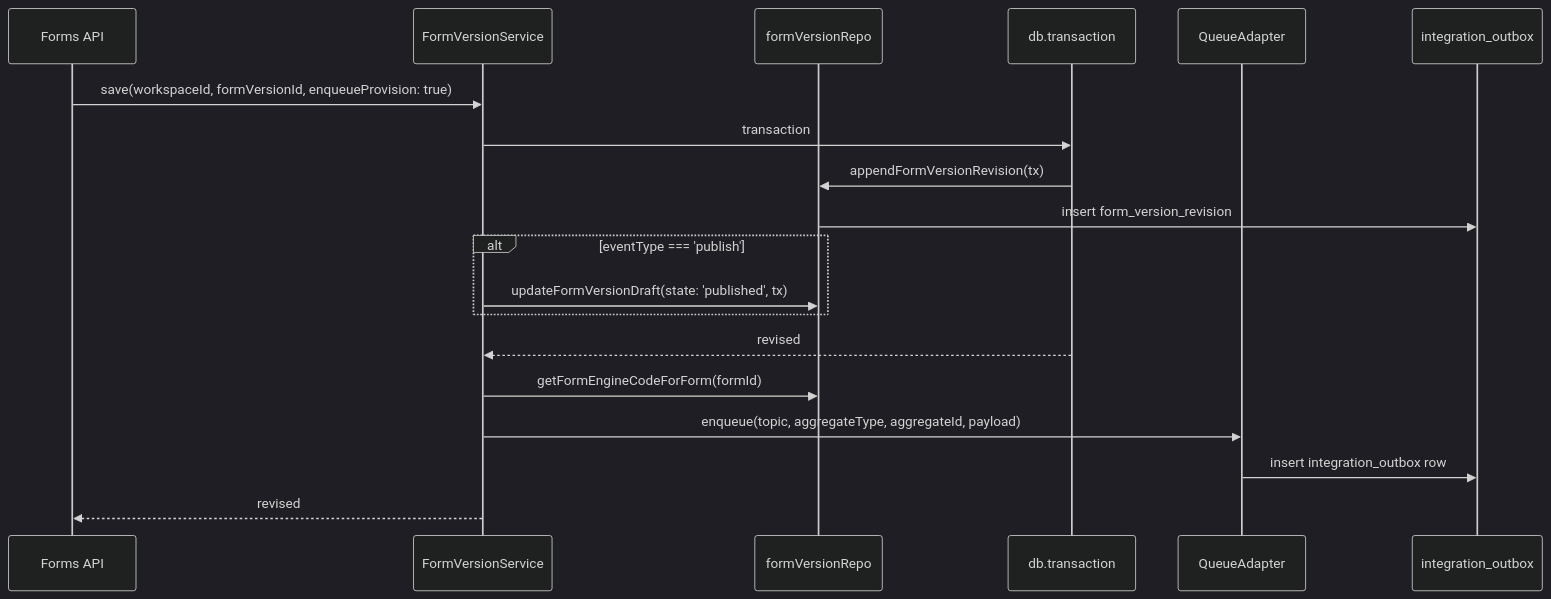
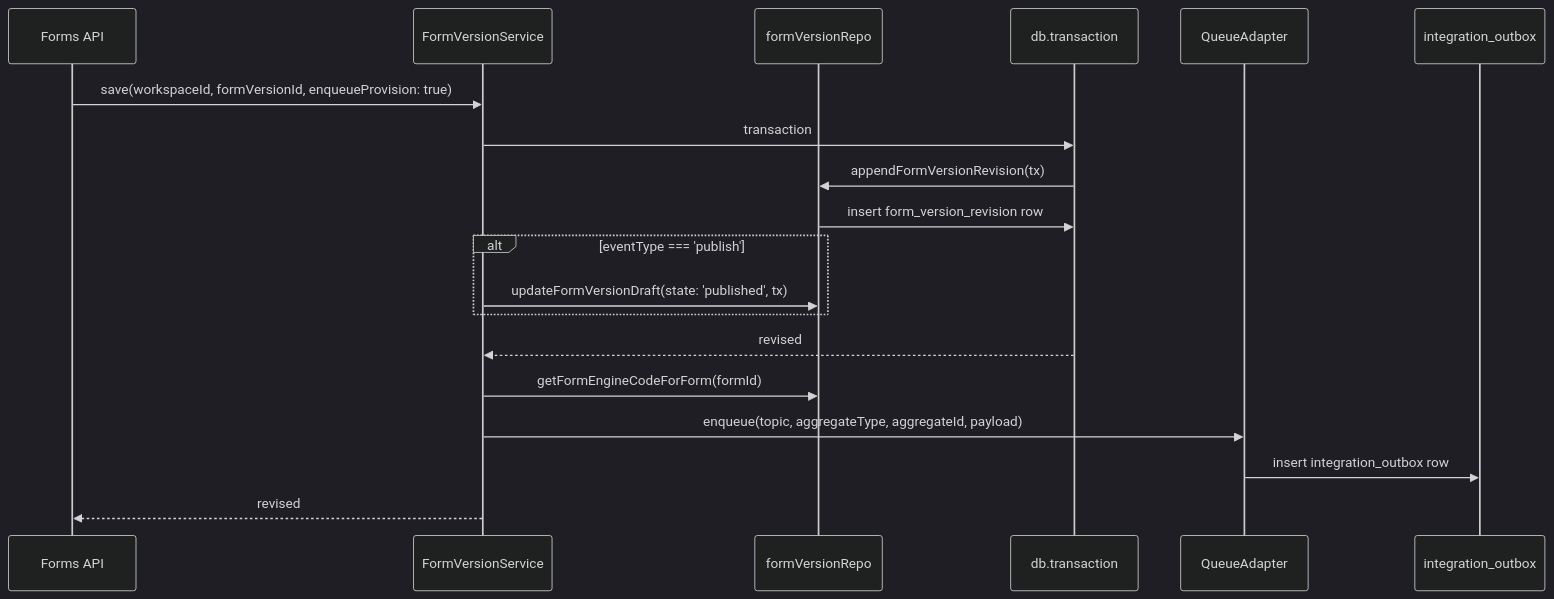
Before and after one commit to NavdeepKaur1811/soba: the second of 2 diagrams in docs/core-deep-dive.md, drawn with Mermaid (dark theme). The commit also changed other lines of this file and 33 other files, not shown here.

````diff
--- a/docs/core-deep-dive.md
+++ b/docs/core-deep-dive.md
@@ -162,22 +162,22 @@
 ```mermaid
 sequenceDiagram
   participant API as Forms API
   participant FVS as FormVersionService
   participant Repo as formVersionRepo
   participant DB as db.transaction
   participant Queue as QueueAdapter
   participant Outbox as integration_outbox
 
   API->>FVS: save(workspaceId, formVersionId, enqueueProvision: true)
   FVS->>DB: transaction
   DB->>Repo: appendFormVersionRevision(tx)
-  Repo->>Outbox: insert form_version_revision
+  Repo->>DB: insert form_version_revision row
   alt eventType === 'publish'
     FVS->>Repo: updateFormVersionDraft(state: 'published', tx)
   end
   DB-->>FVS: revised
   FVS->>Repo: getFormEngineCodeForForm(formId)
   FVS->>Queue: enqueue(topic, aggregateType, aggregateId, payload)
   Queue->>Outbox: insert integration_outbox row
   FVS-->>API: revised
 ```
````
